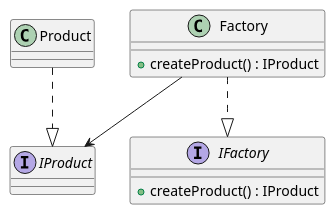
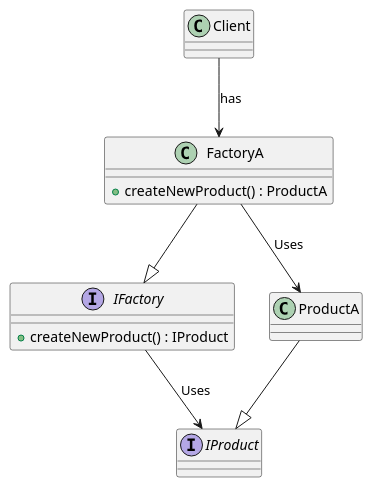
Before and after one commit to Rishikesh75/Coding: the diagram in LLD/DesignPatterns/CreationalDesignPatterns/UMLDiagrams/FactoryDesignPattern.Puml, drawn with PlantUML. The commit also changed 60 other files, not shown here.

```diff
--- a/LLD/DesignPatterns/CreationalDesignPatterns/UMLDiagrams/FactoryDesignPattern.Puml
+++ b/LLD/DesignPatterns/CreationalDesignPatterns/UMLDiagrams/FactoryDesignPattern.Puml
@@ -1,25 +1,40 @@
 @startuml
 
-' Interfaces
+
 interface IProduct
-
-interface IFactory {
-    + createProduct() : IProduct
+{
+  
 }
 
-' Concrete Product
-class Product
 
-' Concrete Factory
-class Factory {
-   + createProduct() : IProduct
+interface IFactory
+{
+  + createNewProduct() : IProduct
 }
 
-' Relationships
-Product ..|> IProduct
-Factory ..|> IFactory
+class FactoryA
+{
+  + createNewProduct() : ProductA
+}
 
-' Factory creates Product
-Factory --> IProduct
+class ProductA
+{
+
+}
+
+class Client
+{
+
+}
+
+
+ProductA --|> IProduct
+FactoryA --|> IFactory
+
+IFactory --> IProduct : Uses
+
+FactoryA --> ProductA : Uses
+
+Client --> FactoryA : has
 
 @enduml
```
